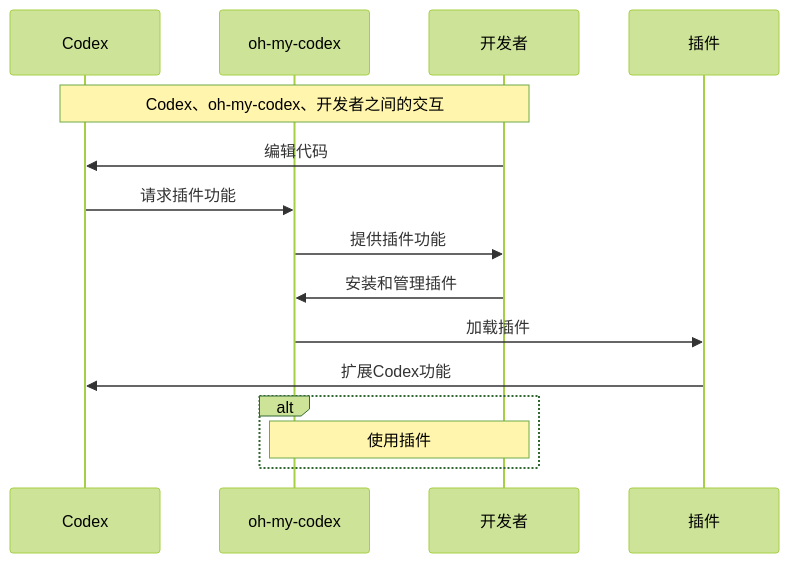
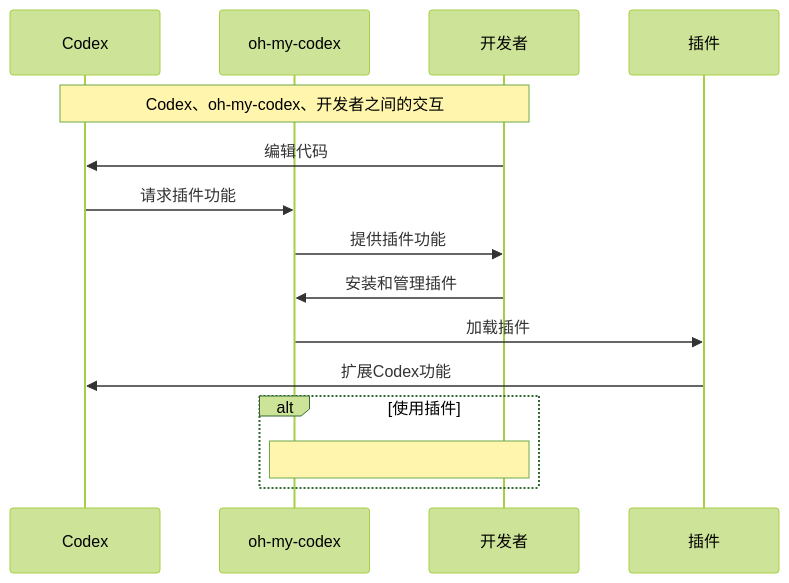
Before and after one commit to a920604a/engineernews: the diagram in src/content/posts/tech/2026-04-26-github110github.md, drawn with Mermaid (forest theme). The commit also changed 1 other file, not shown here.

Commit message:
fix: auto-fix mermaid syntax errors in posts

````diff
--- a/src/content/posts/tech/2026-04-26-github110github.md
+++ b/src/content/posts/tech/2026-04-26-github110github.md
@@ -29,17 +29,17 @@
 ```mermaid
 sequenceDiagram
     participant C as Codex
     participant P as oh-my-codex
     participant D as 开发者
     participant A as 插件
     Note over C,D: Codex、oh-my-codex、开发者之间的交互
     D->>C: 编辑代码
     C->>P: 请求插件功能
     P->>D: 提供插件功能
     D->>P: 安装和管理插件
     P->>A: 加载插件
     A->>C: 扩展Codex功能
-    alt 
-    Note over D,P: 使用插件
+    alt 使用插件
+    Note over D,P: 
     end
 ```
````
